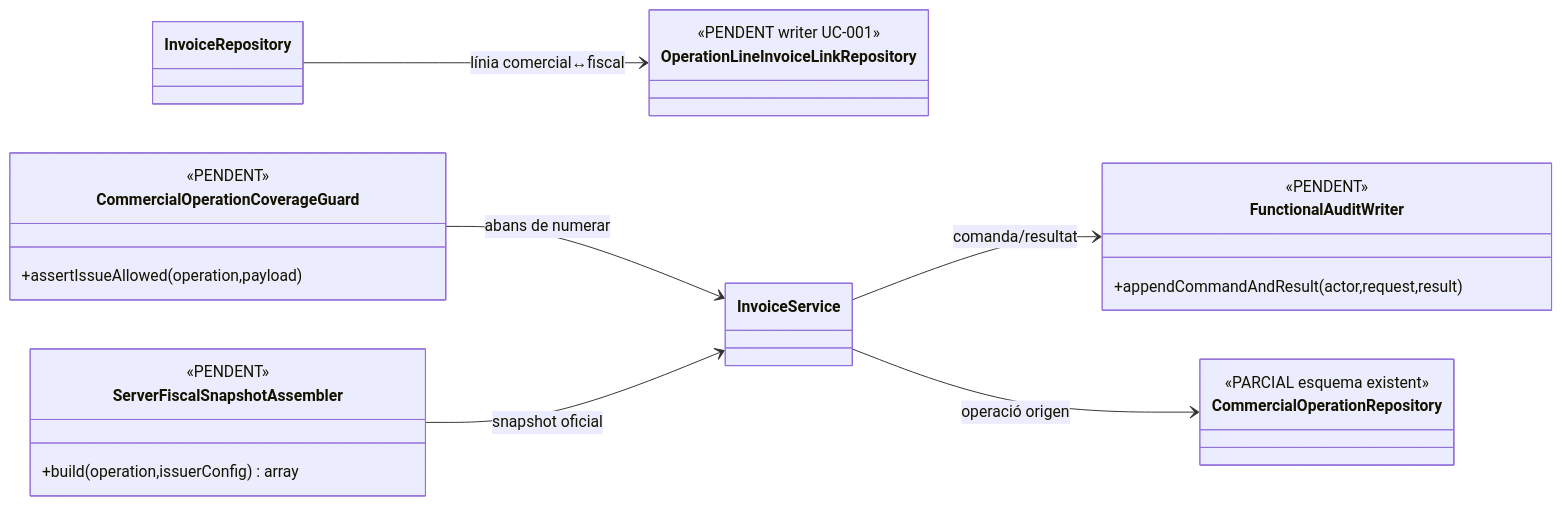
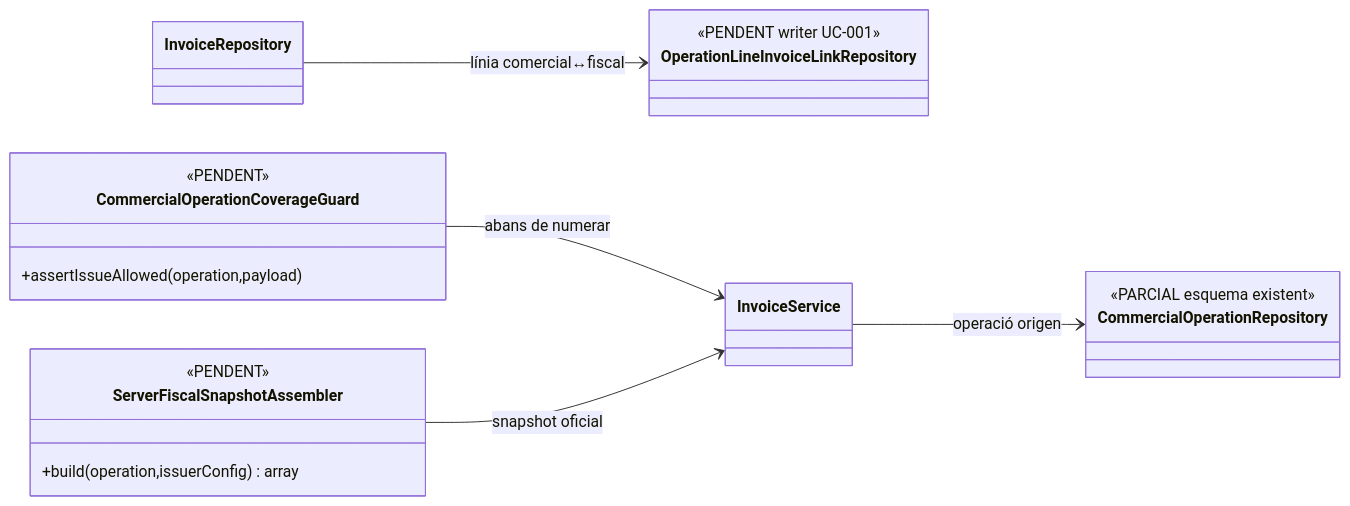
One commit to orgmeriemprismacat-del/verifactu changed the second of 2 diagrams in documentacio/07-uml-integrat/uc-001-classes-actual-final.md. Above: the diagram before and after it, drawn with Mermaid. The commit also changed other lines of this file, not shown here.

Commit message:
docs(UC-001): moure audit writer i estats a ACTUAL

````diff
--- a/documentacio/07-uml-integrat/uc-001-classes-actual-final.md
+++ b/documentacio/07-uml-integrat/uc-001-classes-actual-final.md
@@ -44,20 +48,17 @@
 ```mermaid
 classDiagram
 direction LR
 class CommercialOperationCoverageGuard { <<PENDENT>>
 +assertIssueAllowed(operation,payload) }
 class ServerFiscalSnapshotAssembler { <<PENDENT>>
 +build(operation,issuerConfig) array }
-class FunctionalAuditWriter { <<PENDENT>>
-+appendCommandAndResult(actor,request,result) }
 class CommercialOperationRepository { <<PARCIAL esquema existent>> }
 class OperationLineInvoiceLinkRepository { <<PENDENT writer UC-001>> }
 class InvoiceService
 class InvoiceRepository
 
 CommercialOperationCoverageGuard --> InvoiceService : abans de numerar
 ServerFiscalSnapshotAssembler --> InvoiceService : snapshot oficial
-InvoiceService --> FunctionalAuditWriter : comanda/resultat
 InvoiceService --> CommercialOperationRepository : operació origen
 InvoiceRepository --> OperationLineInvoiceLinkRepository : línia comercial↔fiscal
 ```
````
